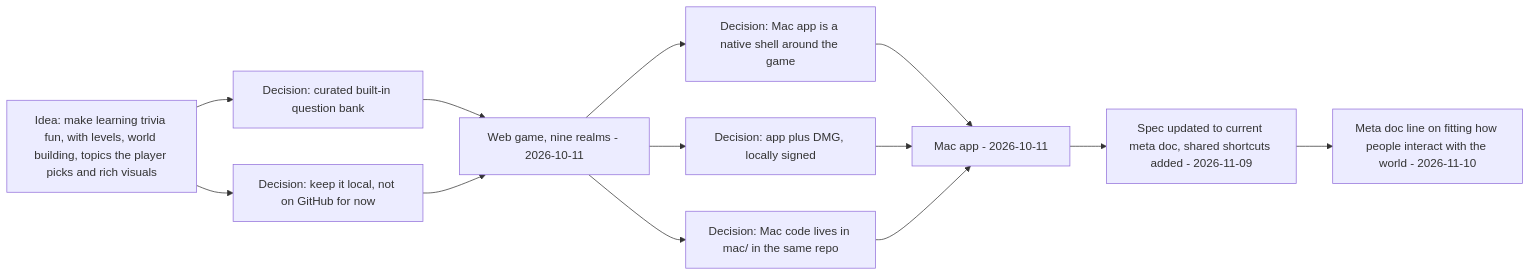
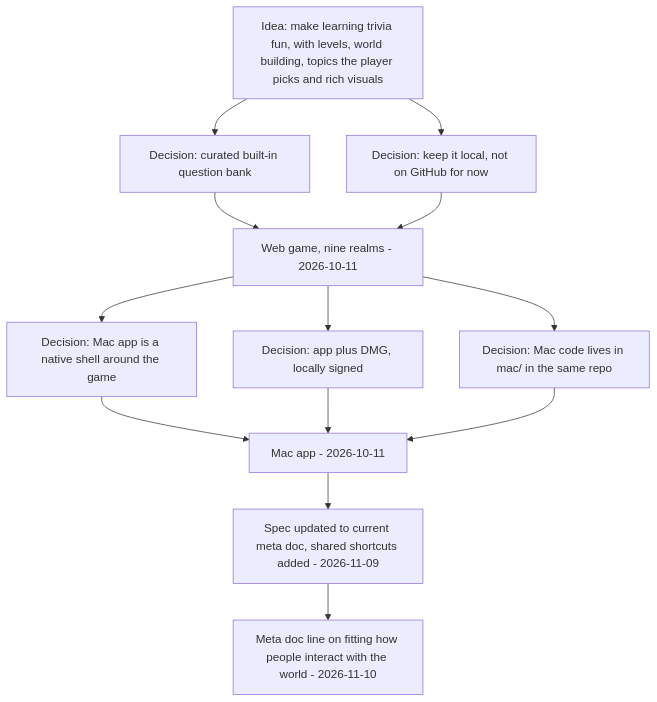
One commit to amalmehta/FunTrivia changed the first of 3 diagrams in docs/HOW-IT-WAS-BUILT.md. Above: the diagram before and after it, drawn with Mermaid.

Commit message:
Draw the build history top to bottom so it stays readable

````diff
--- a/docs/HOW-IT-WAS-BUILT.md
+++ b/docs/HOW-IT-WAS-BUILT.md
@@ -8,19 +8,19 @@
 ```mermaid
-flowchart LR
+flowchart TD
   idea["Idea: make learning trivia fun, with levels, world building, topics the player picks and rich visuals"]
   d1["Decision: curated built-in question bank"]
   d2["Decision: keep it local, not on GitHub for now"]
   m1["Web game, nine realms - 2026-10-11"]
   d3["Decision: Mac app is a native shell around the game"]
   d4["Decision: app plus DMG, locally signed"]
   d5["Decision: Mac code lives in mac/ in the same repo"]
   m2["Mac app - 2026-10-11"]
   m3["Spec updated to current meta doc, shared shortcuts added - 2026-11-09"]
   m4["Meta doc line on fitting how people interact with the world - 2026-11-10"]
   idea --> d1 --> m1
   idea --> d2 --> m1
   m1 --> d3 --> m2
   m1 --> d4 --> m2
   m1 --> d5 --> m2
   m2 --> m3 --> m4
 ```
````
